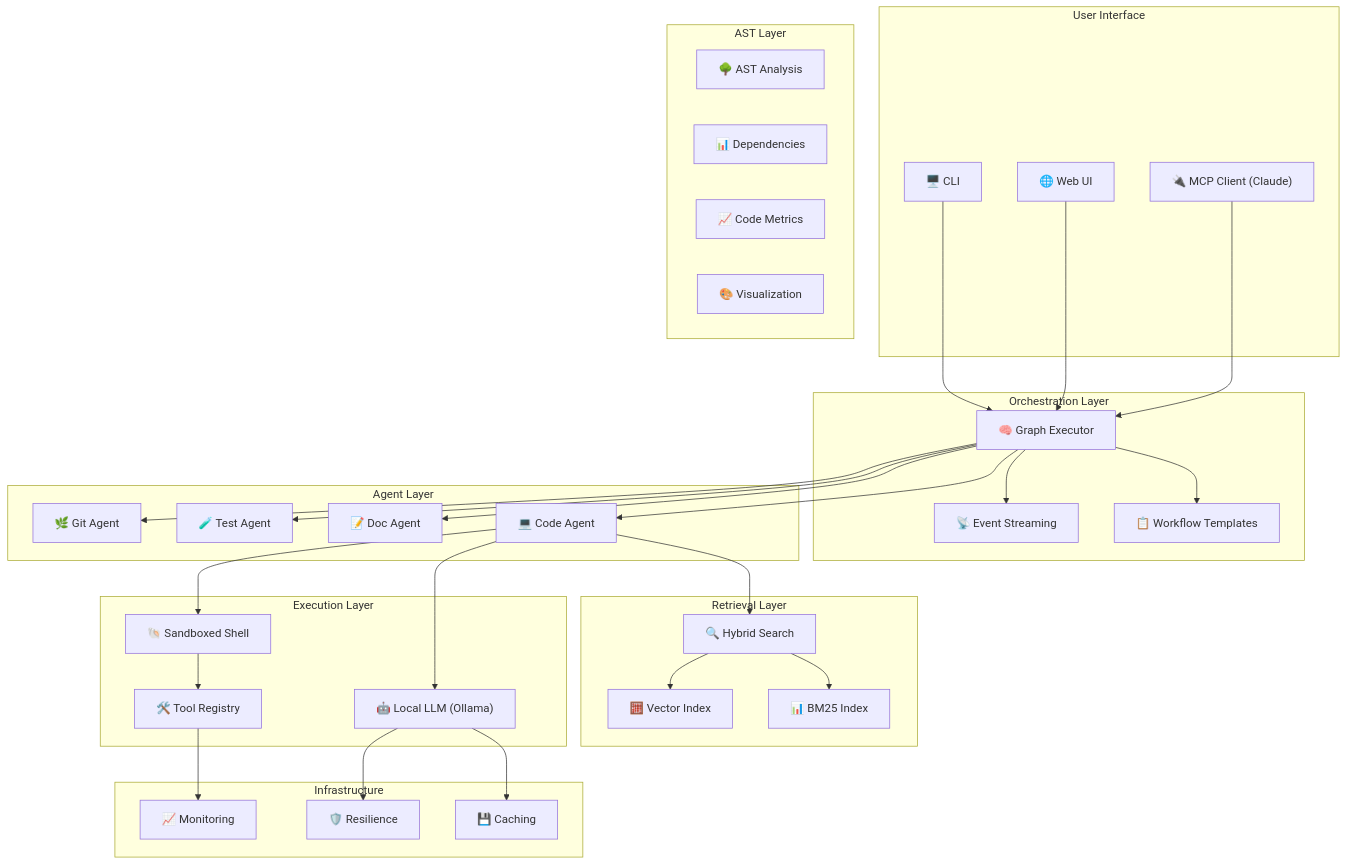
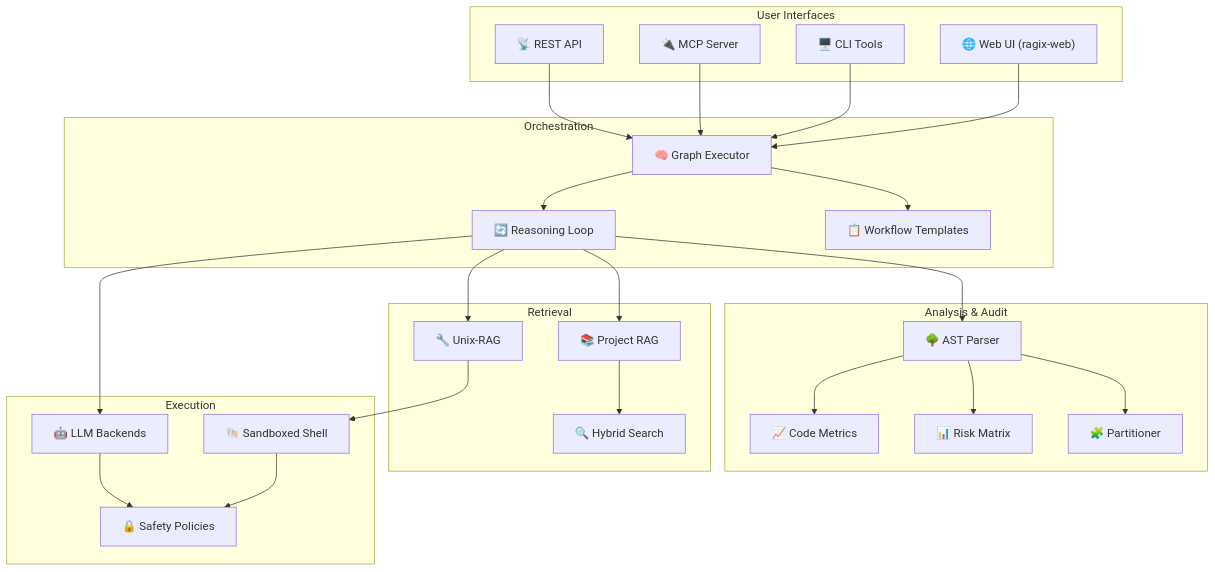
The diagram in README.md (ovitrac/RAGIX), drawn with Mermaid before and after one commit. The commit also changed other lines of this file, not shown here.

````diff
--- a/README.md
+++ b/README.md
@@ -496,69 +195,57 @@
 ```mermaid
 flowchart TB
-    subgraph "User Interface"
-        CLI["🖥️ CLI"]
-        WEB["🌐 Web UI"]
-        MCP["🔌 MCP Client (Claude)"]
+    subgraph "User Interfaces"
+        WEB["🌐 Web UI (ragix-web)"]
+        CLI["🖥️ CLI Tools"]
+        MCP["🔌 MCP Server"]
+        API["📡 REST API"]
     end
 
-    subgraph "Orchestration Layer"
+    subgraph "Orchestration"
         ORCH["🧠 Graph Executor"]
+        REASON["🔄 Reasoning Loop"]
         TEMPLATES["📋 Workflow Templates"]
-        STREAM["📡 Event Streaming"]
     end
 
-    subgraph "Agent Layer"
-        CODE["💻 Code Agent"]
-        DOC["📝 Doc Agent"]
-        TEST["🧪 Test Agent"]
-        GIT["🌿 Git Agent"]
+    subgraph "Analysis & Audit"
+        AST["🌳 AST Parser"]
+        METRICS["📈 Code Metrics"]
+        AUDIT["📊 Risk Matrix"]
+        PARTITION["🧩 Partitioner"]
     end
 
-    subgraph "AST Layer"
-        AST["🌳 AST Analysis"]
-        DEPS["📊 Dependencies"]
-        METRICS["📈 Code Metrics"]
-        VIZ["🎨 Visualization"]
+    subgraph "Retrieval"
+        UNIX_RAG["🔧 Unix-RAG"]
+        PROJ_RAG["📚 Project RAG"]
+        HYBRID["🔍 Hybrid Search"]
     end
 
-    subgraph "Retrieval Layer"
-        HYBRID["🔍 Hybrid Search"]
-        BM25["📊 BM25 Index"]
-        VEC["🧮 Vector Index"]
+    subgraph "Execution"
+        SHELL["🐚 Sandboxed Shell"]
+        LLM["🤖 LLM Backends"]
+        SAFETY["🔒 Safety Policies"]
     end
 
-    subgraph "Execution Layer"
-        LLM["🤖 Local LLM (Ollama)"]
-        SHELL["🐚 Sandboxed Shell"]
-        TOOLS["🛠️ Tool Registry"]
-    end
+    WEB --> ORCH
+    CLI --> ORCH
+    MCP --> ORCH
+    API --> ORCH
 
-    subgraph "Infrastructure"
-        CACHE["💾 Caching"]
-        MONITOR["📈 Monitoring"]
-        RESIL["🛡️ Resilience"]
-    end
+    ORCH --> REASON
+    ORCH --> TEMPLATES
 
-    CLI --> ORCH
-    WEB --> ORCH
-    MCP --> ORCH
+    REASON --> AST
+    REASON --> UNIX_RAG
+    REASON --> PROJ_RAG
 
-    ORCH --> TEMPLATES
-    ORCH --> STREAM
-    ORCH --> CODE
-    ORCH --> DOC
-    ORCH --> TEST
-    ORCH --> GIT
+    AST --> METRICS
+    AST --> AUDIT
+    AST --> PARTITION
 
-    CODE --> HYBRID
-    CODE --> LLM
-    CODE --> SHELL
+    UNIX_RAG --> SHELL
+    PROJ_RAG --> HYBRID
 
-    HYBRID --> BM25
-    HYBRID --> VEC
-
-    LLM --> CACHE
-    SHELL --> TOOLS
-    TOOLS --> MONITOR
-    LLM --> RESIL
+    SHELL --> SAFETY
+    REASON --> LLM
+    LLM --> SAFETY
 ```
````
